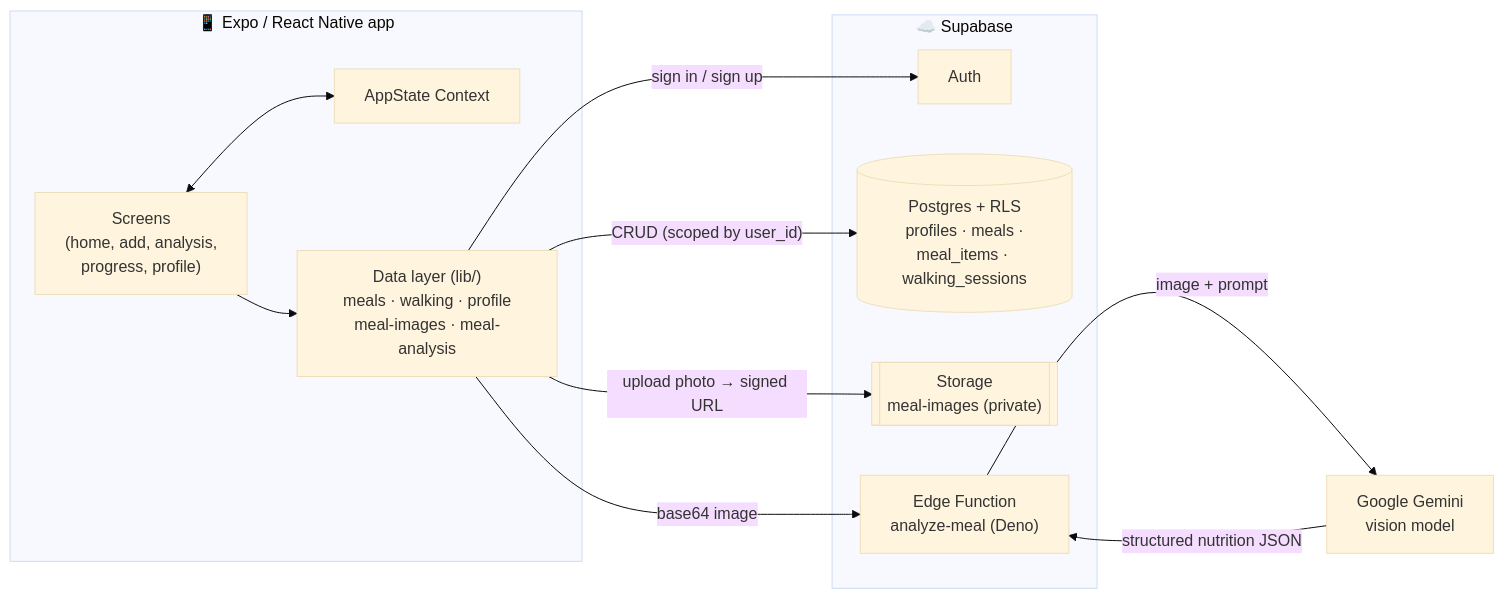
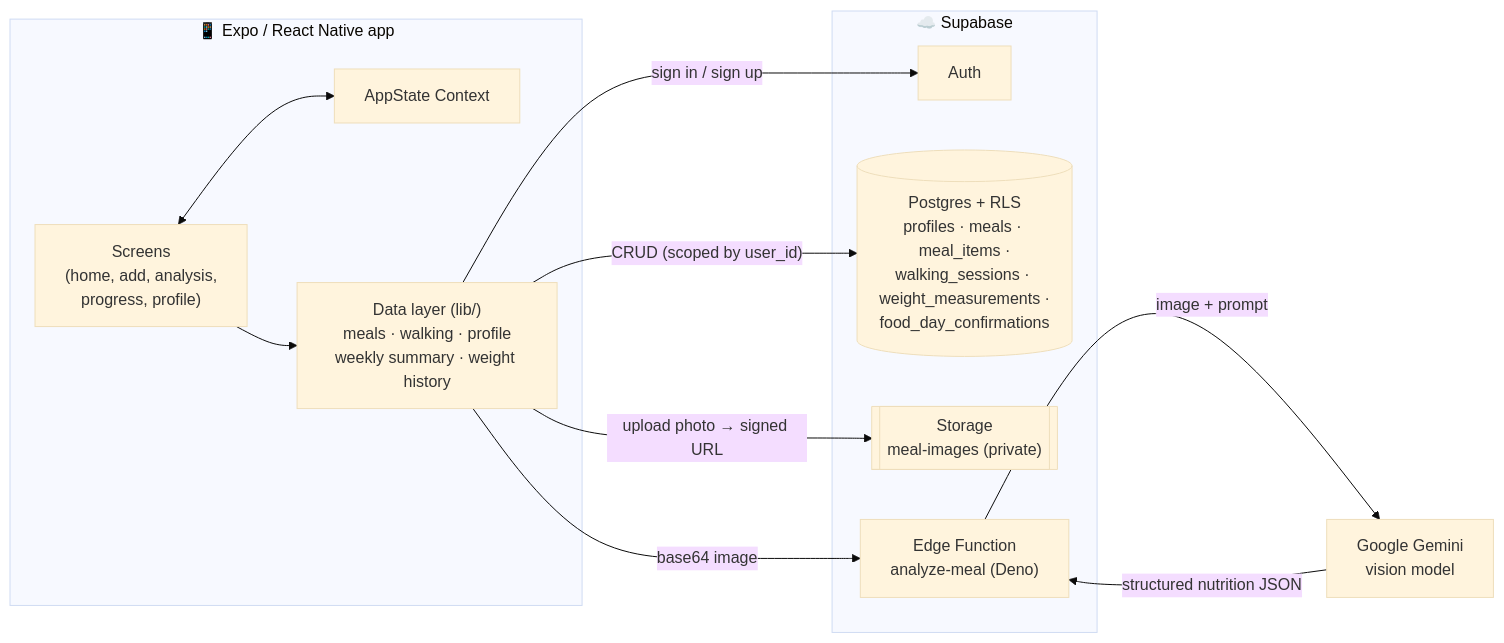
One commit to pskpsk009/AiCalorieTracker changed the diagram in README.md. Above: the diagram before and after it, drawn with Mermaid (base theme). The commit also changed other lines of this file and 39 other files, not shown here.

First line of the commit message:
Add weekly dashboard, day history, weight history and account flows

````diff
--- a/README.md
+++ b/README.md
@@ -61,26 +64,26 @@
 ```mermaid
 flowchart LR
     subgraph Mobile["📱 Expo / React Native app"]
         UI["Screens<br/>(home, add, analysis,<br/>progress, profile)"]
         State["AppState Context"]
-        Lib["Data layer (lib/)<br/>meals · walking · profile<br/>meal-images · meal-analysis"]
+        Lib["Data layer (lib/)<br/>meals · walking · profile<br/>weekly summary · weight history"]
         UI <--> State
         UI --> Lib
     end
 
     subgraph Supabase["☁️ Supabase"]
         Auth["Auth"]
-        DB[("Postgres + RLS<br/>profiles · meals ·<br/>meal_items · walking_sessions")]
+        DB[("Postgres + RLS<br/>profiles · meals · meal_items ·<br/>walking_sessions · weight_measurements ·<br/>food_day_confirmations")]
         Storage[["Storage<br/>meal-images (private)"]]
         Fn["Edge Function<br/>analyze-meal (Deno)"]
     end
 
     AI["Google Gemini<br/>vision model"]
 
     Lib -- "sign in / sign up" --> Auth
     Lib -- "CRUD (scoped by user_id)" --> DB
     Lib -- "upload photo → signed URL" --> Storage
     Lib -- "base64 image" --> Fn
     Fn -- "image + prompt" --> AI
     AI -- "structured nutrition JSON" --> Fn
 ```
````
